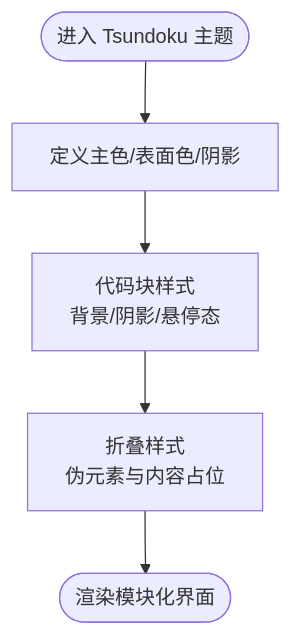
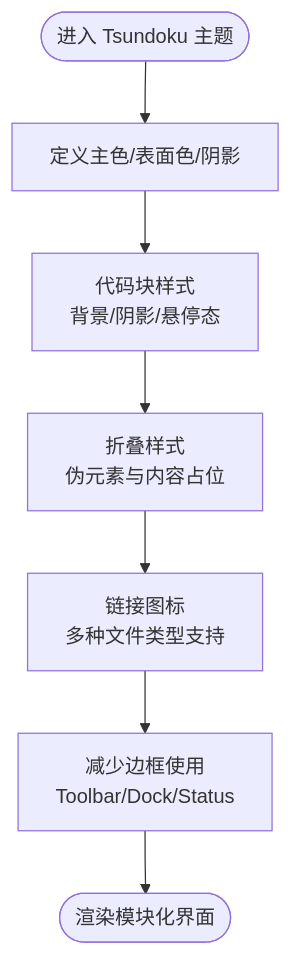
Before and after one commit to terwer/siyuan-plugin-blog: the seventh of 8 diagrams in .qoder/repowiki/zh/content/核心功能/主题系统/自定义主题开发/主题定制实例.md, drawn with Mermaid. The commit also changed other lines of this file and 407 other files, not shown here.

````diff
--- a/.qoder/repowiki/zh/content/核心功能/主题系统/自定义主题开发/主题定制实例.md
+++ b/.qoder/repowiki/zh/content/核心功能/主题系统/自定义主题开发/主题定制实例.md
@@ -256,7 +340,9 @@
 ```mermaid
 flowchart TD
 Start(["进入 Tsundoku 主题"]) --> Tokens["定义主色/表面色/阴影"]
 Tokens --> Code["代码块样式<br/>背景/阴影/悬停态"]
 Code --> Fold["折叠样式<br/>伪元素与内容占位"]
-Fold --> Render(["渲染模块化界面"])
+Fold --> Links["链接图标<br/>多种文件类型支持"]
+Links --> Borders["减少边框使用<br/>Toolbar/Dock/Status"]
+Borders --> Render(["渲染模块化界面"])
 ```
````
